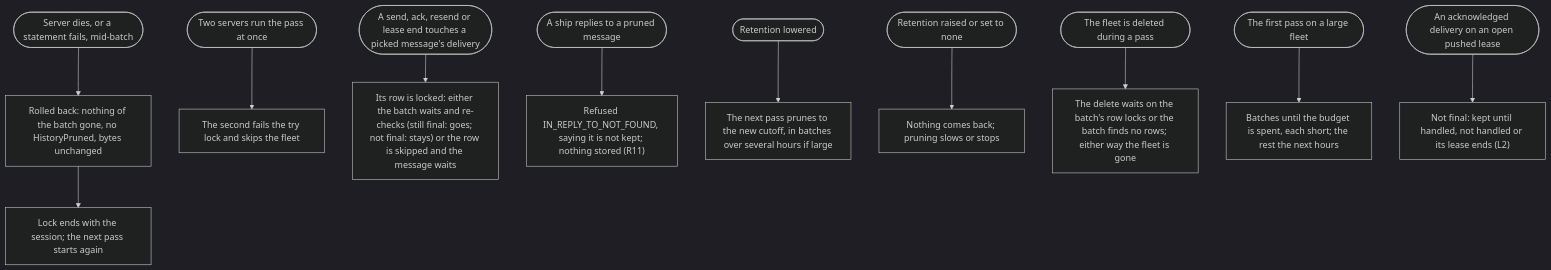
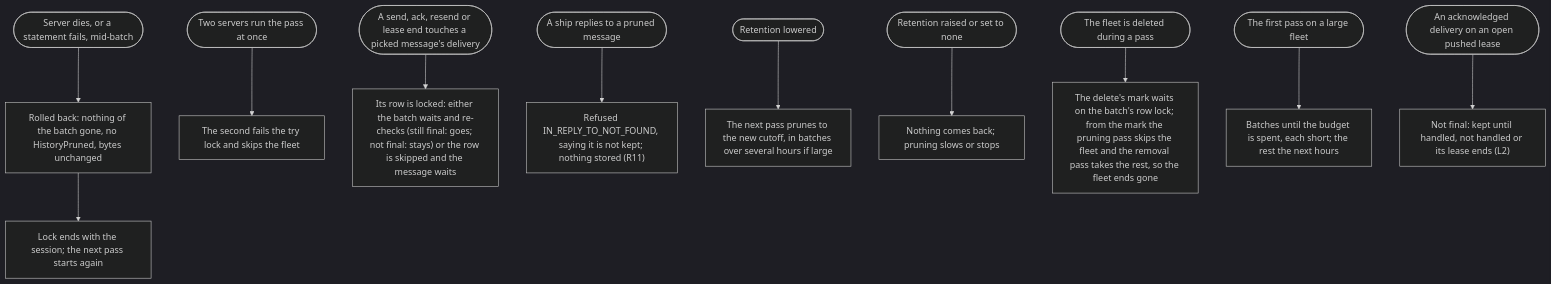
The second of 2 diagrams in docs/design/retention/retention.md (ThomasHendrickx/aeolus-fleet), drawn with Mermaid (dark theme) before and after one commit. The commit also changed other lines of this file and 32 other files, not shown here.

First line of the commit message:
Deleting a fleet marks it and a pass removes its history in batches (#1856)

````diff
--- a/docs/design/retention/retention.md
+++ b/docs/design/retention/retention.md
@@ -127,12 +127,12 @@
 ```mermaid
 flowchart TD
   a(["Server dies, or a statement fails, mid-batch"]) --> a1["Rolled back: nothing of the batch gone, no HistoryPruned, bytes unchanged"] --> a2["Lock ends with the session; the next pass starts again"]
   b(["Two servers run the pass at once"]) --> b1["The second fails the try lock and skips the fleet"]
   c(["A send, ack, resend or lease end touches a picked message's delivery"]) --> c1["Its row is locked: either the batch waits and re-checks (still final: goes; not final: stays) or the row is skipped and the message waits"]
   d(["A ship replies to a pruned message"]) --> d1["Refused IN_REPLY_TO_NOT_FOUND, saying it is not kept; nothing stored (R11)"]
   e(["Retention lowered"]) --> e1["The next pass prunes to the new cutoff, in batches over several hours if large"]
   f(["Retention raised or set to none"]) --> f1["Nothing comes back; pruning slows or stops"]
-  g(["The fleet is deleted during a pass"]) --> g1["The delete waits on the batch's row locks or the batch finds no rows; either way the fleet is gone"]
+  g(["The fleet is deleted during a pass"]) --> g1["The delete's mark waits on the batch's row lock; from the mark the pruning pass skips the fleet and the removal pass takes the rest, so the fleet ends gone"]
   h(["The first pass on a large fleet"]) --> h1["Batches until the budget is spent, each short; the rest the next hours"]
   i(["An acknowledged delivery on an open pushed lease"]) --> i1["Not final: kept until handled, not handled or its lease ends (L2)"]
 ```
````
